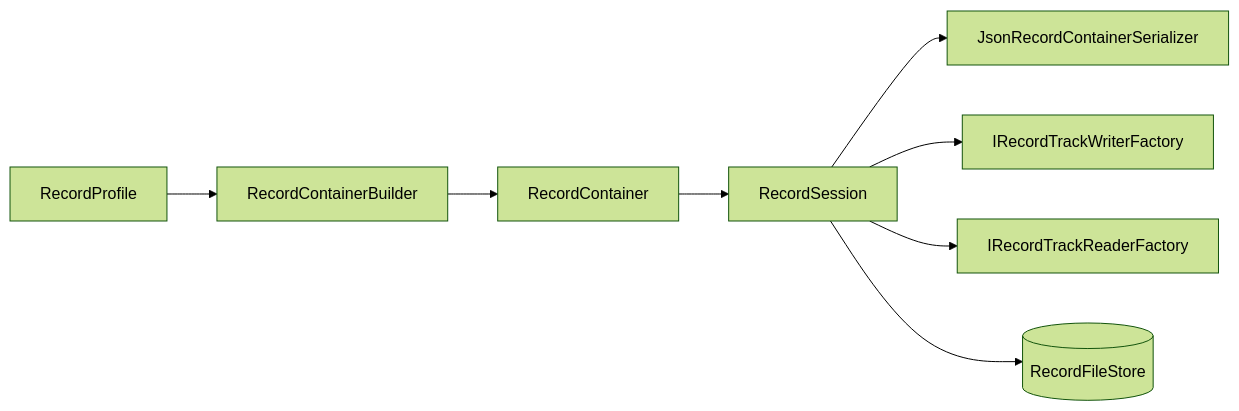
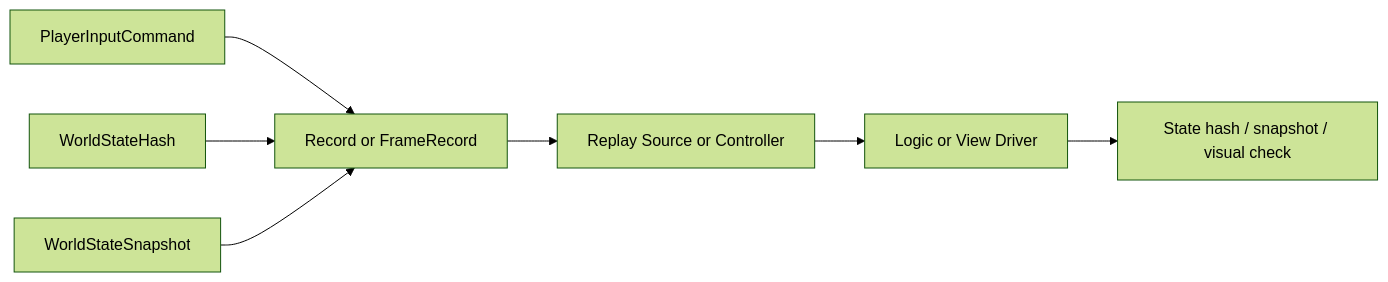
The first of 12 diagrams in Docs/design/07-NetworkSynchronization/04-ReplaySystem.md (Kurumioi/AbilityKit), drawn with Mermaid (forest theme) before and after one commit. The commit also changed other lines of this file and 389 other files, not shown here.

````diff
--- a/Docs/design/07-NetworkSynchronization/04-ReplaySystem.md
+++ b/Docs/design/07-NetworkSynchronization/04-ReplaySystem.md
@@ -122,10 +36,9 @@
 ```mermaid
 flowchart LR
-    Profile[RecordProfile] --> Builder[RecordContainerBuilder]
-    Builder --> Container[RecordContainer]
-    Container --> Session[RecordSession]
-    Session --> Serializer[JsonRecordContainerSerializer]
-    Session --> WriterFactory[IRecordTrackWriterFactory]
-    Session --> ReaderFactory[IRecordTrackReaderFactory]
-    Session --> File[(RecordFileStore)]
+    Input[PlayerInputCommand] --> Record[Record or FrameRecord]
+    Hash[WorldStateHash] --> Record
+    Snapshot[WorldStateSnapshot] --> Record
+    Record --> Replay[Replay Source or Controller]
+    Replay --> Driver[Logic or View Driver]
+    Driver --> Verify[State hash / snapshot / visual check]
 ```
````
